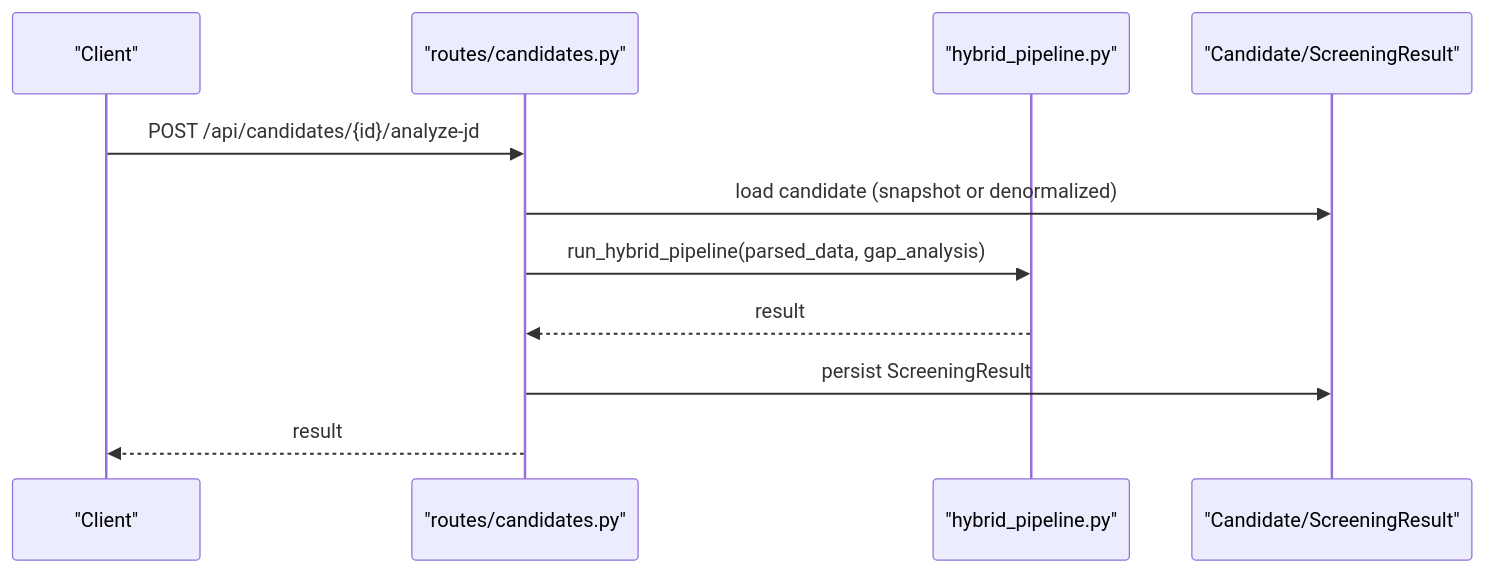
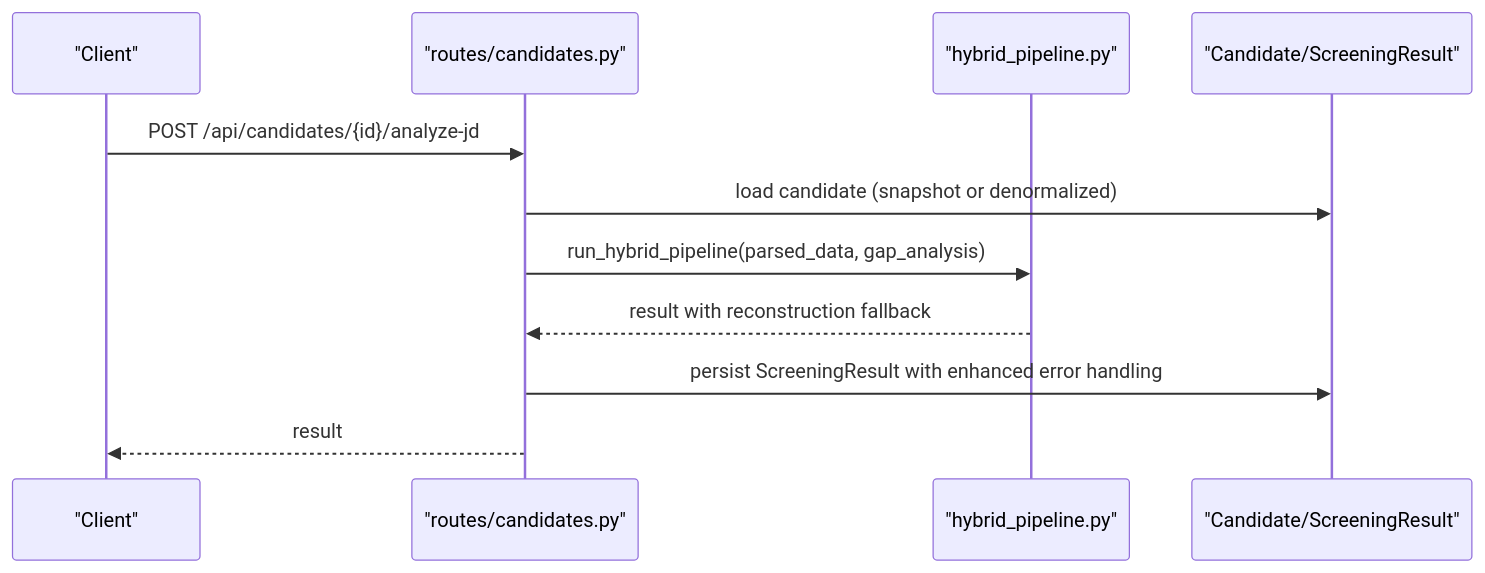
One commit to Revanththetalogics/aireume changed the sixth of 10 diagrams in .qoder/repowiki/en/content/Candidate Management/Candidate Profile Storage.md. Above: the diagram before and after it, drawn with Mermaid. The commit also changed other lines of this file and 4 other files, not shown here.

````diff
--- a/.qoder/repowiki/en/content/Candidate Management/Candidate Profile Storage.md
+++ b/.qoder/repowiki/en/content/Candidate Management/Candidate Profile Storage.md
@@ -312,13 +314,13 @@
 ```mermaid
 sequenceDiagram
 participant Client as "Client"
 participant Route as "routes/candidates.py"
 participant Hybrid as "hybrid_pipeline.py"
 participant DB as "Candidate/ScreeningResult"
 Client->>Route : POST /api/candidates/{id}/analyze-jd
 Route->>DB : load candidate (snapshot or denormalized)
 Route->>Hybrid : run_hybrid_pipeline(parsed_data, gap_analysis)
-Hybrid-->>Route : result
-Route->>DB : persist ScreeningResult
+Hybrid-->>Route : result with reconstruction fallback
+Route->>DB : persist ScreeningResult with enhanced error handling
 Route-->>Client : result
 ```
````
